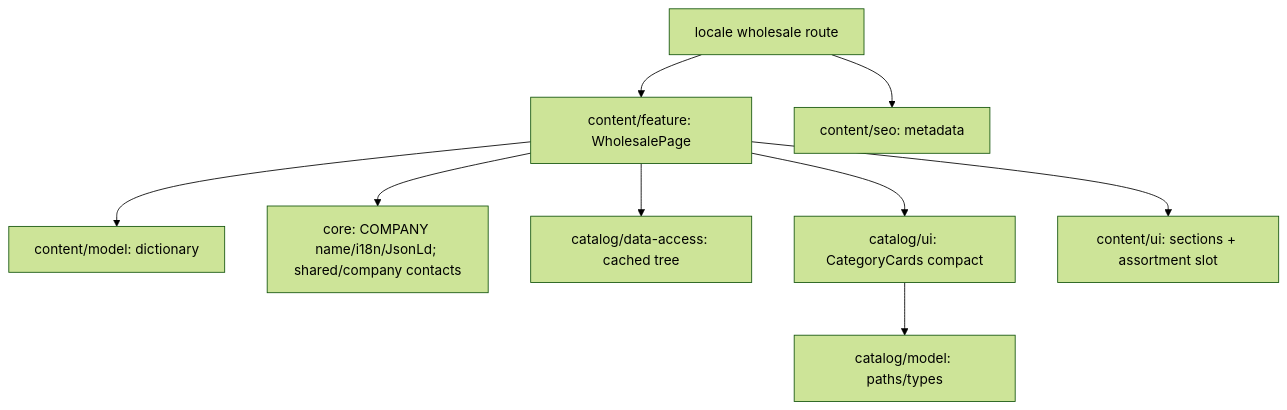
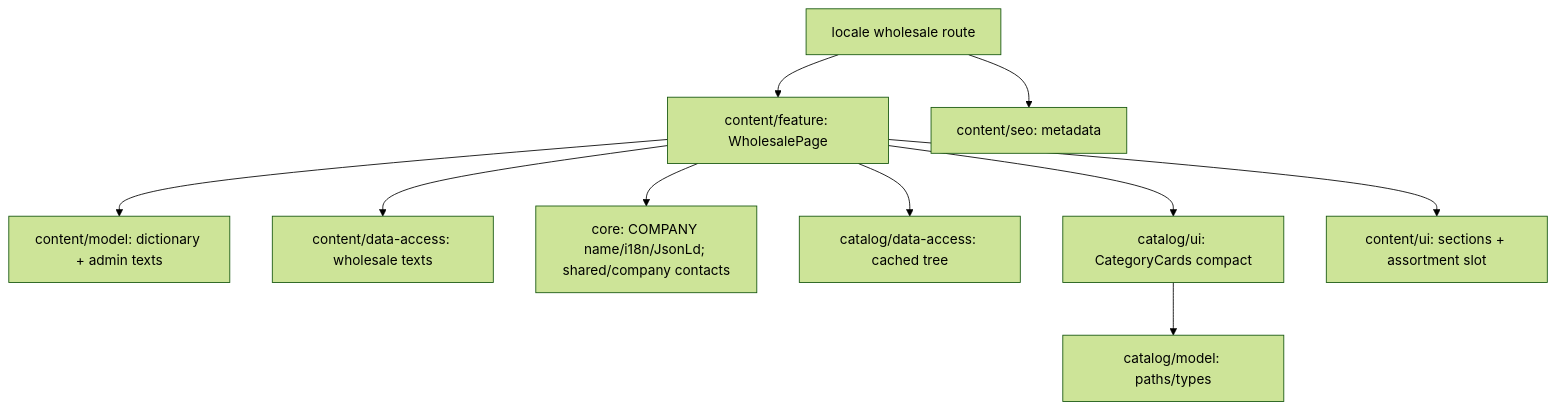
The diagram in docs/features/site/wholesale.md (Weretik/kedr-web), drawn with Mermaid (forest theme) before and after one commit. The commit also changed other lines of this file and 68 other files, not shown here.

First line of the commit message:
Move the «Співпраця» page texts to the admin

````diff
--- a/docs/features/site/wholesale.md
+++ b/docs/features/site/wholesale.md
@@ -14,11 +15,12 @@
 ```mermaid
 flowchart TD
   Route["locale wholesale route"] --> Feature["content/feature: WholesalePage"]
   Route --> Seo["content/seo: metadata"]
-  Feature --> Model["content/model: dictionary"]
+  Feature --> Model["content/model: dictionary + admin texts"]
+  Feature --> Texts["content/data-access: wholesale texts"]
   Feature --> Core["core: COMPANY name/i18n/JsonLd; shared/company contacts"]
   Feature --> Data["catalog/data-access: cached tree"]
   Feature --> Cards["catalog/ui: CategoryCards compact"]
   Cards --> CatModel["catalog/model: paths/types"]
   Feature --> Ui["content/ui: sections + assortment slot"]
 ```
````
